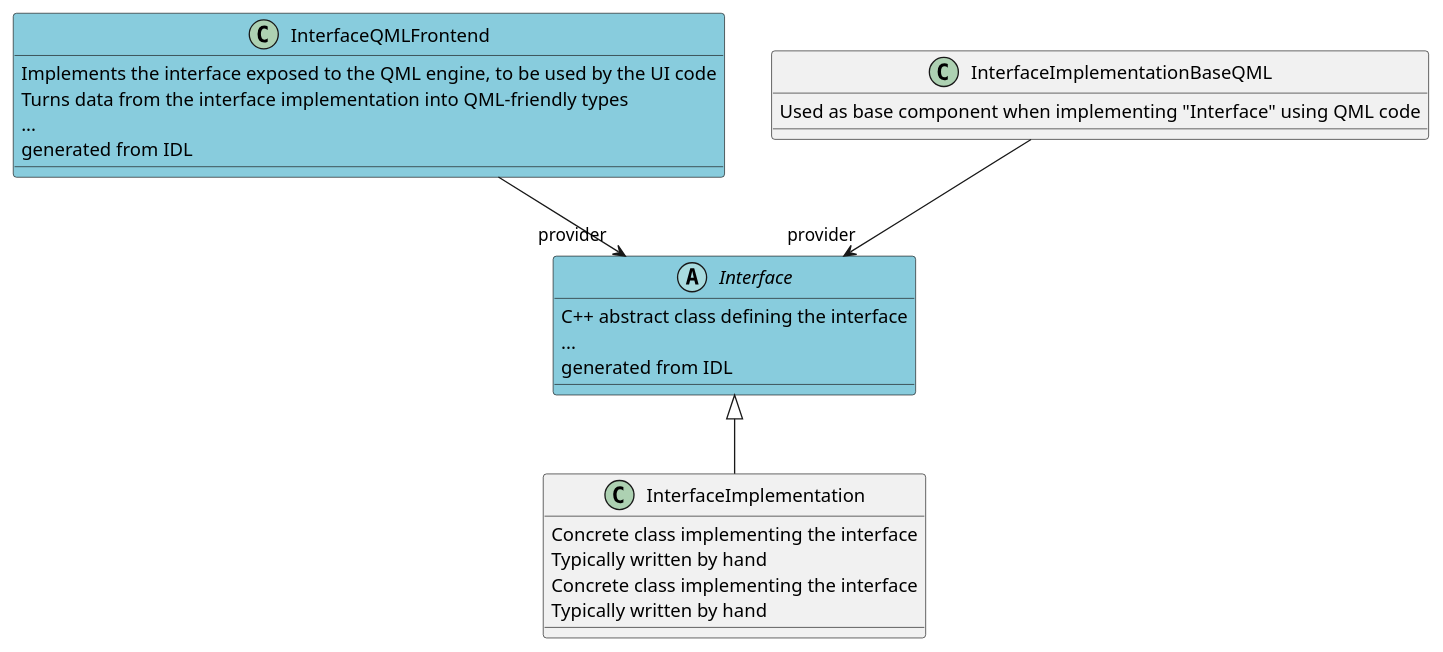
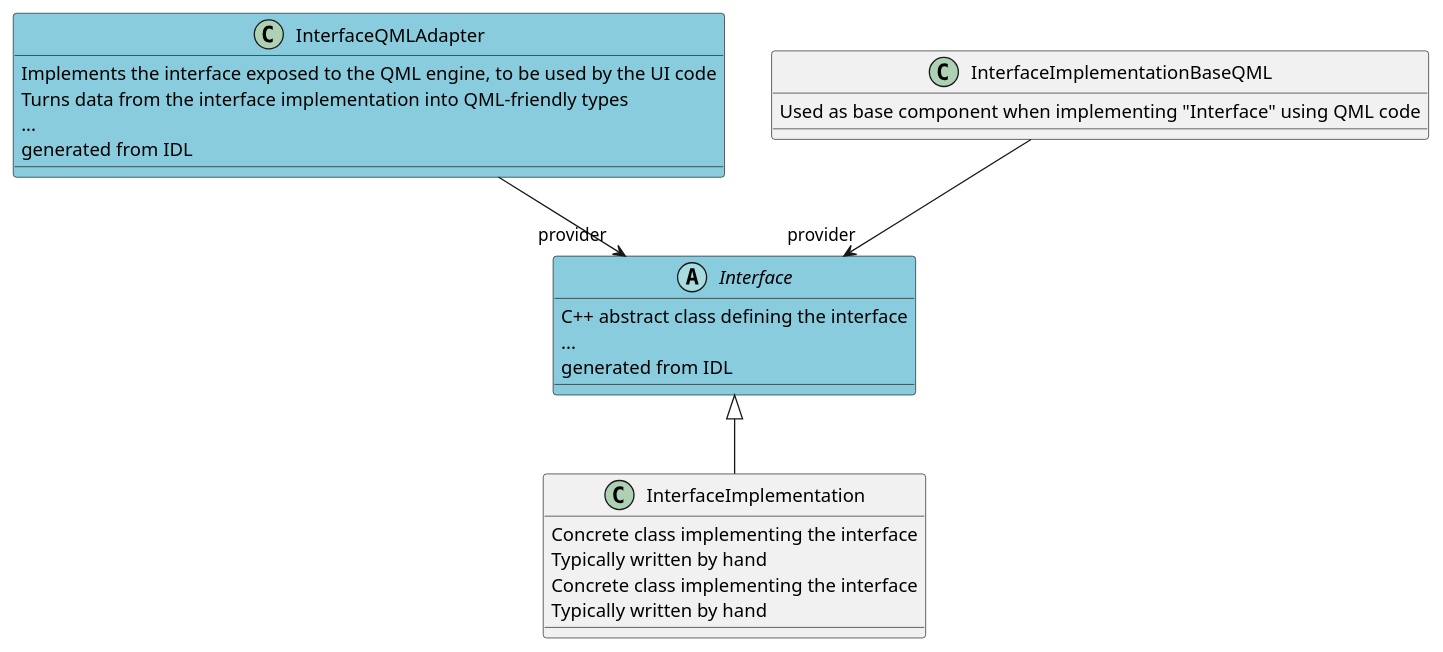
One commit to Pelagicore/facelift changed the diagram in doc/overview.plantuml. Above: the diagram before and after it, drawn with PlantUML. The commit also changed 35 other files, not shown here.

```diff
--- a/doc/overview.plantuml
+++ b/doc/overview.plantuml
@@ -1,42 +1,42 @@
 @startuml
 
 
 abstract class Interface #88CCDD {
     C++ abstract class defining the interface
 ...
     generated from IDL
 }
 
 
 
 
-class InterfaceQMLFrontend #88CCDD {
+class InterfaceQMLAdapter #88CCDD {
     Implements the interface exposed to the QML engine, to be used by the UI code
     Turns data from the interface implementation into QML-friendly types
 ...
     generated from IDL
 }
 
 
 class InterfaceImplementation {
     Concrete class implementing the interface
     Typically written by hand
 }
 
 class InterfaceImplementation {
     Concrete class implementing the interface
     Typically written by hand
 }
 
 class InterfaceImplementationBaseQML {
     Used as base component when implementing "Interface" using QML code
 }
 
 Interface <|-- InterfaceImplementation
 
-InterfaceQMLFrontend --> "provider" Interface
+InterfaceQMLAdapter --> "provider" Interface
 
 InterfaceImplementationBaseQML --> "provider" Interface
 
 
 @enduml
```
